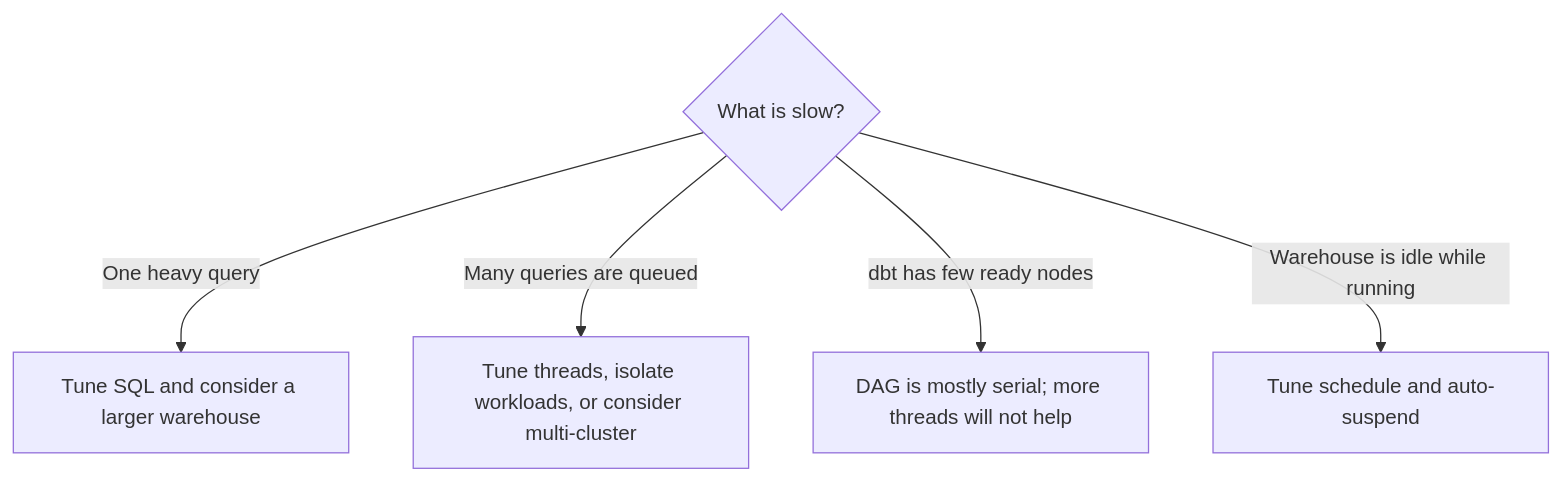
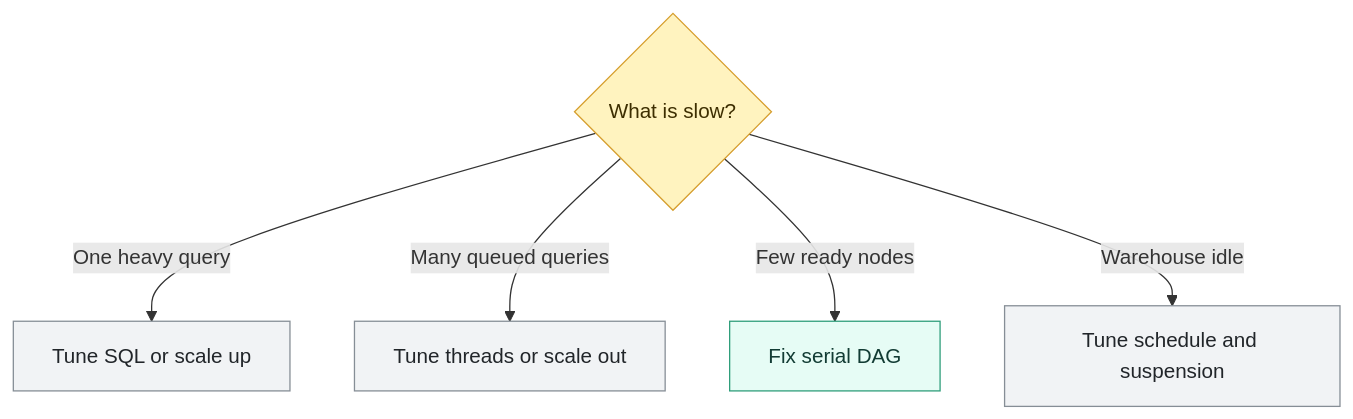
The second of 2 diagrams in 02 dbt/04 Incremental Processing and Performance/37 Threads Warehouse Sizing and Snowflake Cost.md (shonningsoy/Upskill), drawn with Mermaid before and after one commit. The commit also changed other lines of this file and 31 other files, not shown here.

````diff
--- a/02 dbt/04 Incremental Processing and Performance/37 Threads Warehouse Sizing and Snowflake Cost.md
+++ b/02 dbt/04 Incremental Processing and Performance/37 Threads Warehouse Sizing and Snowflake Cost.md
@@ -93,8 +103,17 @@
 ```mermaid
 flowchart TD
     A{What is slow?}
-    A -->|One heavy query| B["Tune SQL and consider a larger warehouse"]
-    A -->|Many queries are queued| C["Tune threads, isolate workloads, or consider multi-cluster"]
-    A -->|dbt has few ready nodes| D["DAG is mostly serial; more threads will not help"]
-    A -->|Warehouse is idle while running| E["Tune schedule and auto-suspend"]
+    A -->|One heavy query| B[Tune SQL or scale up]
+    A -->|Many queued queries| C[Tune threads or scale out]
+    A -->|Few ready nodes| D[Fix serial DAG]
+    A -->|Warehouse idle| E[Tune schedule and suspension]
+
+    classDef input fill:#E8F0FE,stroke:#4C6EF5,color:#172B4D
+    classDef control fill:#FFF3BF,stroke:#D69E2E,color:#3D2E00
+    classDef dbt fill:#E6FCF5,stroke:#2F9E7B,color:#123C34
+    classDef platform fill:#F1F3F5,stroke:#868E96,color:#212529
+    classDef output fill:#F3E8FF,stroke:#805AD5,color:#2D1B4E
+    class A control
+    class B,C,E platform
+    class D dbt
 ```
````
